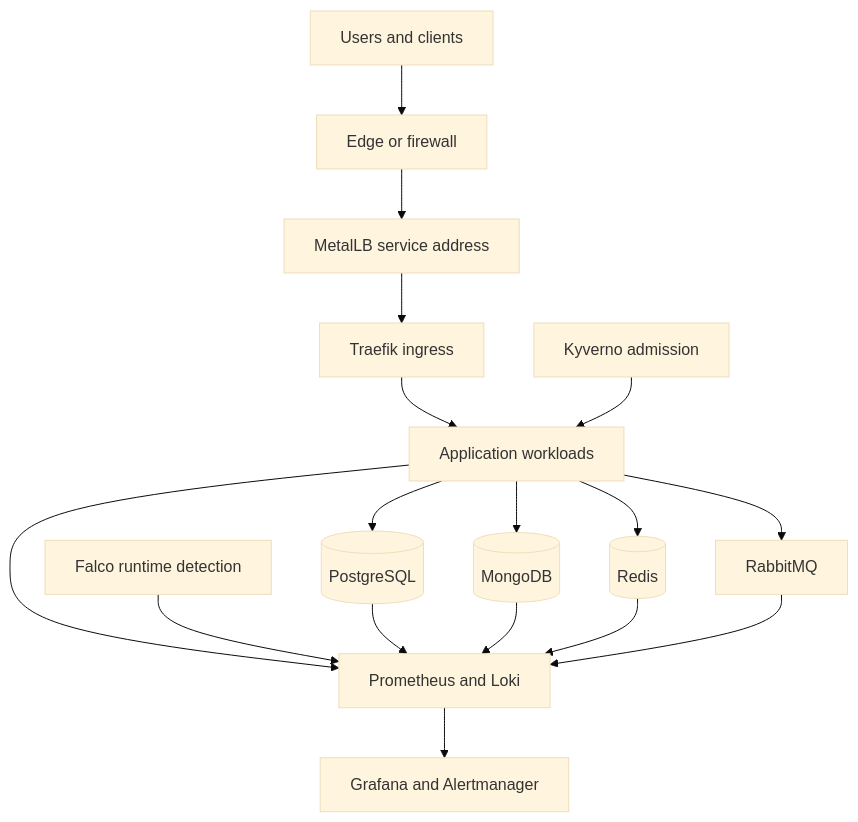
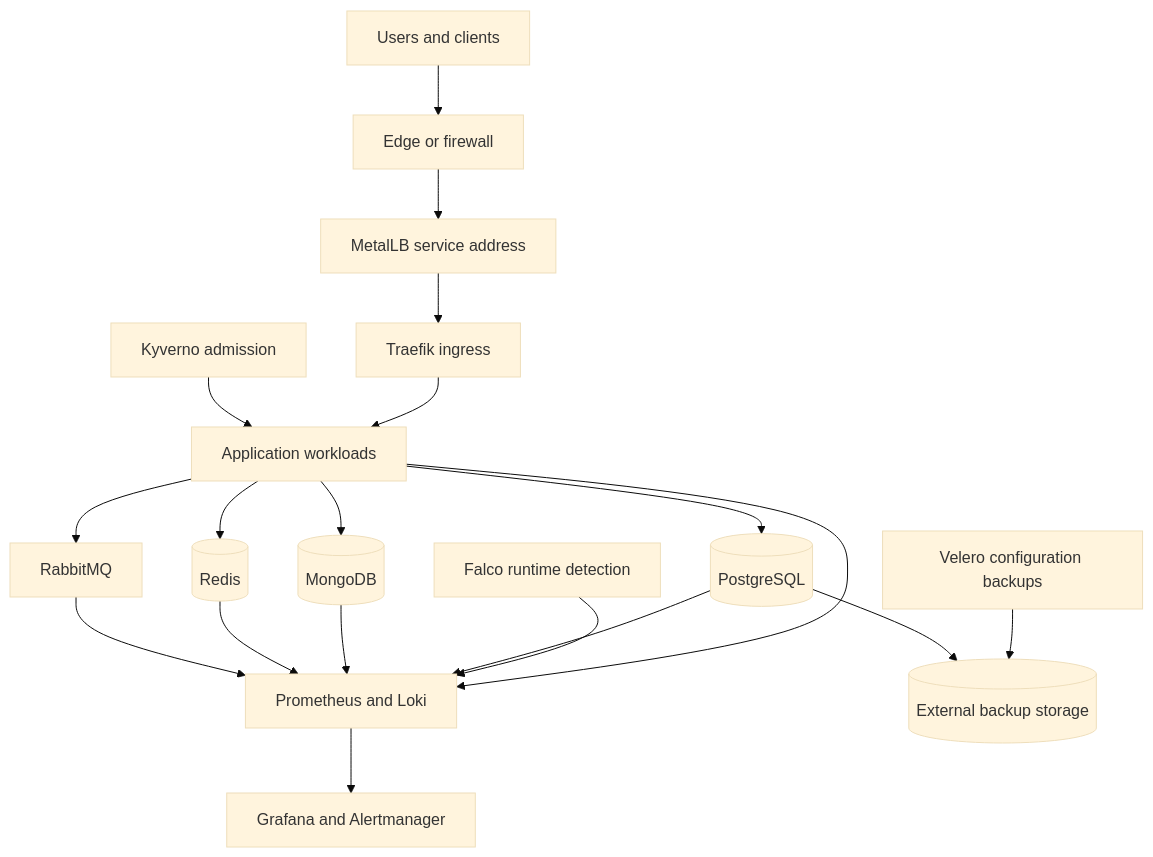
One commit to lalitmohanjaimini/production-k3s-platform-blueprint changed the diagram in README.md. Above: the diagram before and after it, drawn with Mermaid (base theme). The commit also changed other lines of this file and 9 other files, not shown here.

````diff
--- a/README.md
+++ b/README.md
@@ -27,19 +27,21 @@
 ```mermaid
 flowchart TB
     U[Users and clients] --> E[Edge or firewall]
     E --> M[MetalLB service address]
     M --> T[Traefik ingress]
     T --> A[Application workloads]
     K[Kyverno admission] --> A
     A --> P[(PostgreSQL)]
     A --> G[(MongoDB)]
     A --> R[(Redis)]
     A --> Q[RabbitMQ]
     A --> O[Prometheus and Loki]
     F[Falco runtime detection] --> O
+    V[Velero configuration backups] --> B
     P --> O
+    P --> B[(External backup storage)]
     G --> O
     R --> O
     Q --> O
     O --> D[Grafana and Alertmanager]
 ```
````
